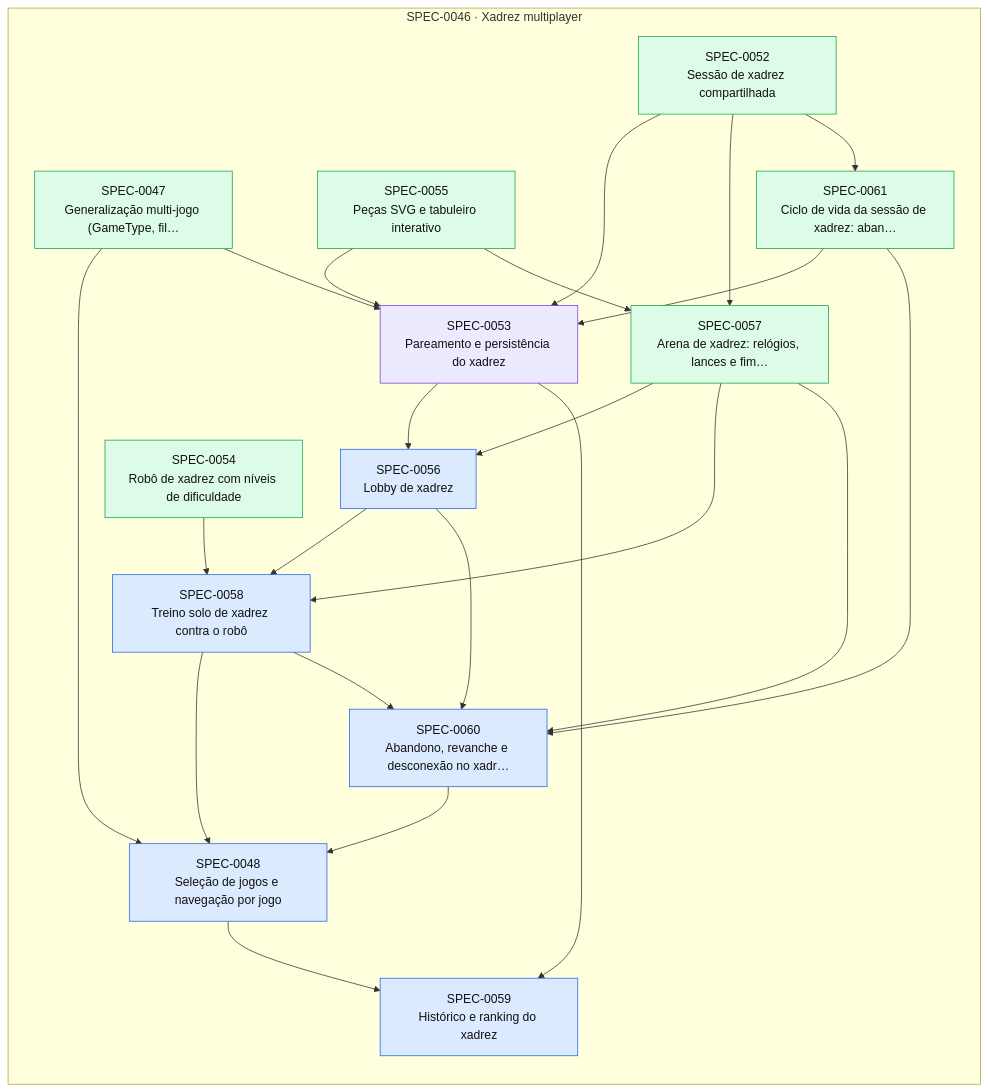
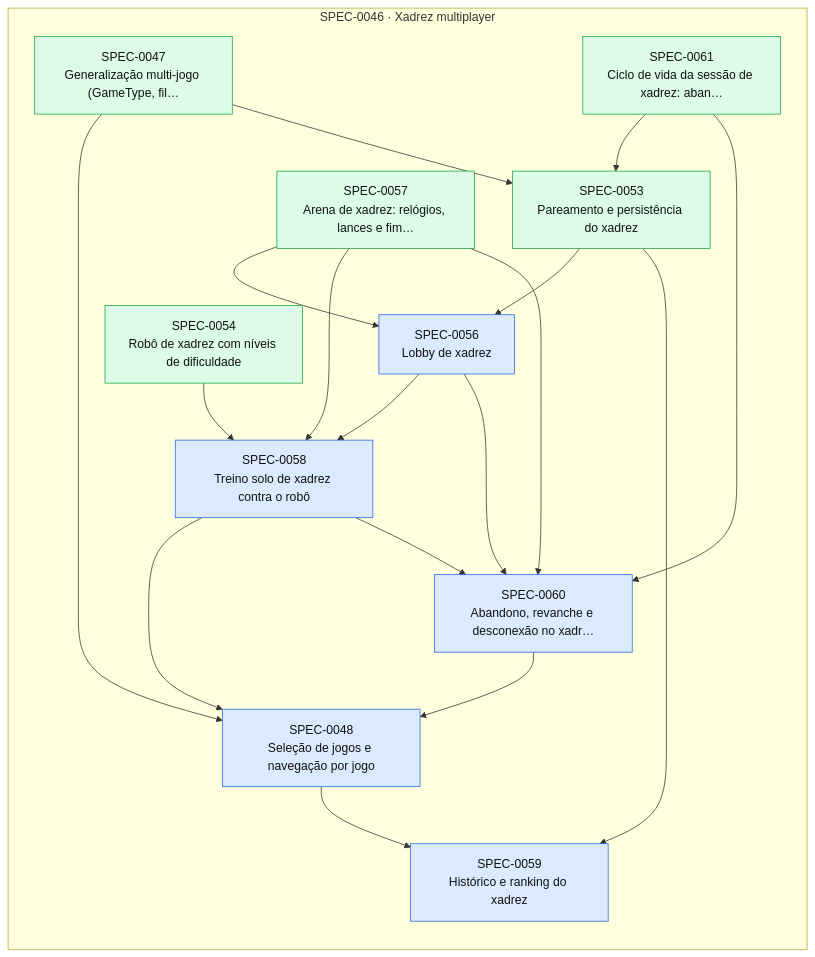
Before and after one commit to thomasravache/jogo-da-velha-multiplayer: the diagram in docs/specs/INDEX.md, drawn with Mermaid. The commit also changed other lines of this file and 2 other files, not shown here.

First line of the commit message:
docs(specs): fechar SPEC-0053 (relatório de entrega e CHANGELOG)

````diff
--- a/docs/specs/INDEX.md
+++ b/docs/specs/INDEX.md
@@ -42,43 +41,36 @@
 ```mermaid
 flowchart LR
   subgraph E0046["SPEC-0046 · Xadrez multiplayer"]
     S0047["SPEC-0047<br/>Generalização multi-jogo (GameType, fil…"]:::implemented
     S0048["SPEC-0048<br/>Seleção de jogos e navegação por jogo"]:::approved
-    S0052["SPEC-0052<br/>Sessão de xadrez compartilhada"]:::implemented
-    S0053["SPEC-0053<br/>Pareamento e persistência do xadrez"]:::inprogress
+    S0053["SPEC-0053<br/>Pareamento e persistência do xadrez"]:::implemented
     S0054["SPEC-0054<br/>Robô de xadrez com níveis de dificuldade"]:::implemented
-    S0055["SPEC-0055<br/>Peças SVG e tabuleiro interativo"]:::implemented
     S0056["SPEC-0056<br/>Lobby de xadrez"]:::approved
     S0057["SPEC-0057<br/>Arena de xadrez: relógios, lances e fim…"]:::implemented
     S0058["SPEC-0058<br/>Treino solo de xadrez contra o robô"]:::approved
     S0059["SPEC-0059<br/>Histórico e ranking do xadrez"]:::approved
     S0060["SPEC-0060<br/>Abandono, revanche e desconexão no xadr…"]:::approved
     S0061["SPEC-0061<br/>Ciclo de vida da sessão de xadrez: aban…"]:::implemented
   end
   S0047 --> S0048
   S0058 --> S0048
   S0060 --> S0048
   S0047 --> S0053
-  S0052 --> S0053
-  S0055 --> S0053
   S0061 --> S0053
   S0053 --> S0056
   S0057 --> S0056
-  S0052 --> S0057
-  S0055 --> S0057
   S0054 --> S0058
   S0056 --> S0058
   S0057 --> S0058
   S0048 --> S0059
   S0053 --> S0059
   S0056 --> S0060
   S0057 --> S0060
   S0058 --> S0060
   S0061 --> S0060
-  S0052 --> S0061
   classDef proposed fill:#fef3c7,stroke:#d97706,color:#111
   classDef approved fill:#dbeafe,stroke:#2563eb,color:#111
   classDef inprogress fill:#ede9fe,stroke:#7c3aed,color:#111
   classDef implemented fill:#dcfce7,stroke:#16a34a,color:#111
   classDef deprecated fill:#f3f4f6,stroke:#9ca3af,color:#6b7280
 ```
````
